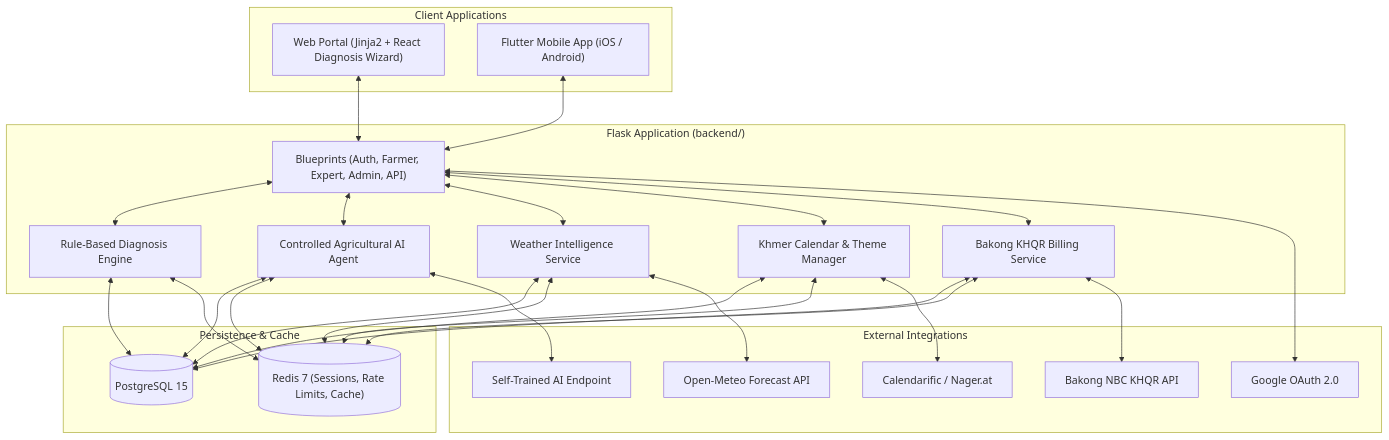
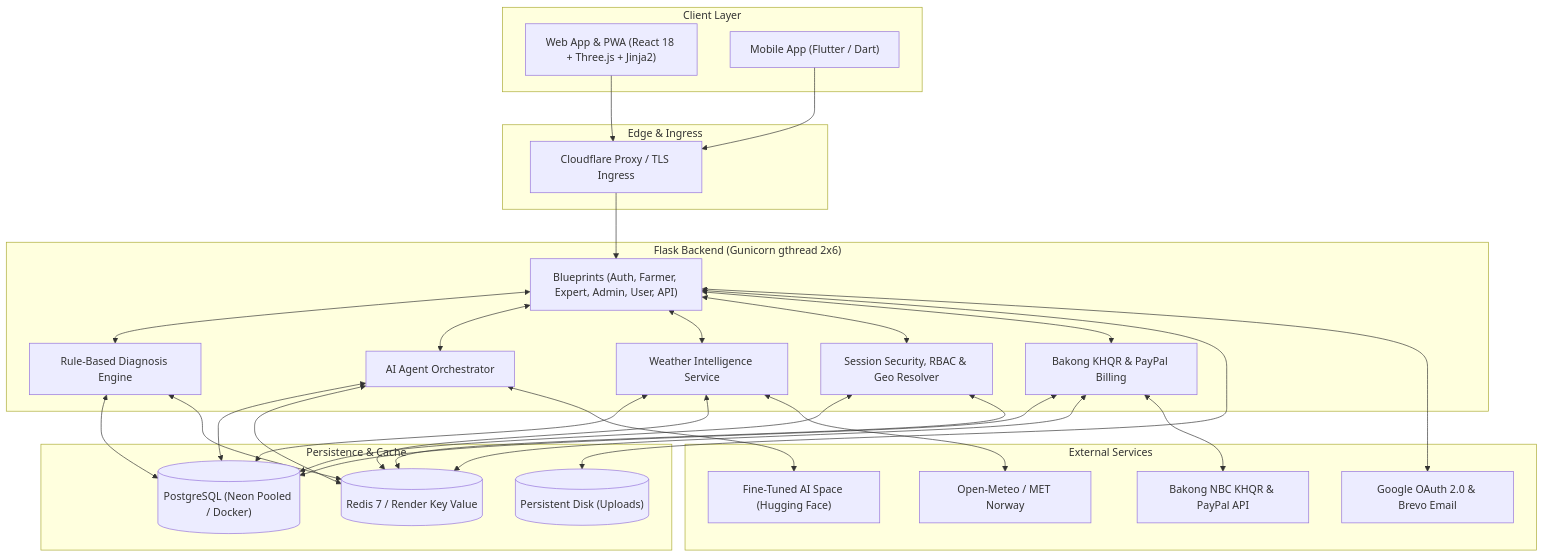
Before and after one commit to CHHORNGL/Project_Assignment: the diagram in README.md, drawn with Mermaid. The commit also changed other lines of this file, not shown here.

Commit message:
Polish README with clean open-source documentation structure

````diff
--- a/README.md
+++ b/README.md
@@ -31,38 +63,42 @@
 ```mermaid
 flowchart TD
-    subgraph Clients["Client Applications"]
-        WEB["Web Portal (Jinja2 + React Diagnosis Wizard)"]
-        MOB["Flutter Mobile App (iOS / Android)"]
+    subgraph Clients["Client Layer"]
+        WEB["Web App & PWA (React 18 + Three.js + Jinja2)"]
+        MOB["Mobile App (Flutter / Dart)"]
     end
 
-    subgraph Backend["Flask Application (backend/)"]
-        BP["Blueprints (Auth, Farmer, Expert, Admin, API)"]
-        RE["Rule-Based Diagnosis Engine"]
-        AG["Controlled Agricultural AI Agent"]
-        WI["Weather Intelligence Service"]
-        TM["Khmer Calendar & Theme Manager"]
-        BK["Bakong KHQR Billing Service"]
+    subgraph Edge["Edge & Ingress"]
+        CF["Cloudflare Proxy / TLS Ingress"]
     end
 
-    subgraph Data["Persistence & Cache"]
-        PG[("PostgreSQL 15")]
-        RD[("Redis 7 (Sessions, Rate Limits, Cache)")]
+    subgraph App["Flask Backend (Gunicorn gthread 2x6)"]
+        BP["Blueprints (Auth, Farmer, Expert, Admin, User, API)"]
+        RE["Rule-Based Diagnosis Engine"]
+        AG["AI Agent Orchestrator"]
+        WI["Weather Intelligence Service"]
+        SEC["Session Security, RBAC & Geo Resolver"]
+        BILL["Bakong KHQR & PayPal Billing"]
     end
 
-    subgraph External["External Integrations"]
-        HF["Self-Trained AI Endpoint"]
-        OM["Open-Meteo Forecast API"]
-        NBC["Bakong NBC KHQR API"]
-        CAL["Calendarific / Nager.at"]
-        OAUTH["Google OAuth 2.0"]
+    subgraph State["Persistence & Cache"]
+        PG[("PostgreSQL (Neon Pooled / Docker)")]
+        RD[("Redis 7 / Render Key Value")]
+        DISK[("Persistent Disk (Uploads)")]
     end
 
-    WEB & MOB <--> BP
-    BP <--> RE & AG & WI & TM & BK
-    RE & AG & WI & TM & BK <--> PG & RD
+    subgraph Upstream["External Services"]
+        HF["Fine-Tuned AI Space (Hugging Face)"]
+        OM["Open-Meteo / MET Norway"]
+        OAUTH["Google OAuth 2.0 & Brevo Email"]
+        NBC["Bakong NBC KHQR & PayPal API"]
+    end
+
+    WEB & MOB --> CF --> BP
+    BP <--> RE & AG & WI & SEC & BILL
+    RE & AG & WI & SEC & BILL <--> PG & RD
+    BP <--> DISK
     AG <--> HF
     WI <--> OM
-    BK <--> NBC
-    TM <--> CAL
+    BILL <--> NBC
     BP <--> OAUTH
 ```
````
